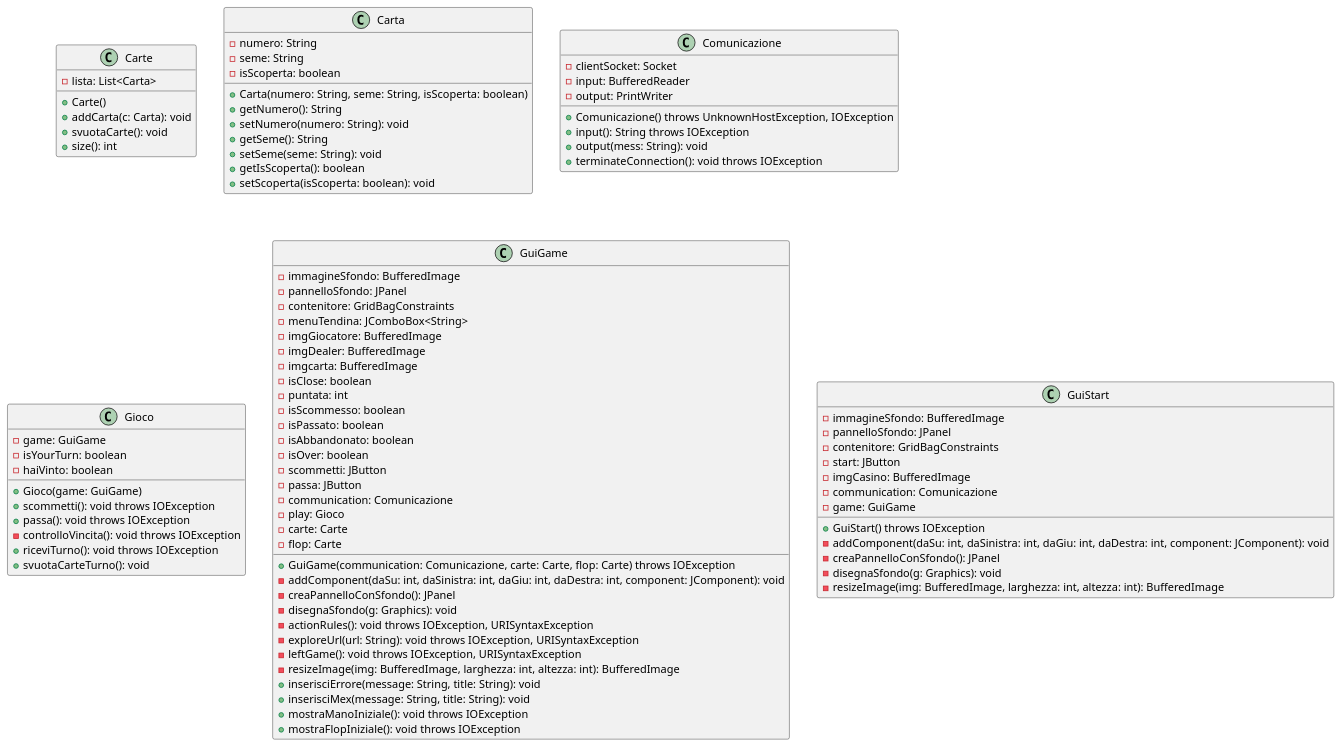
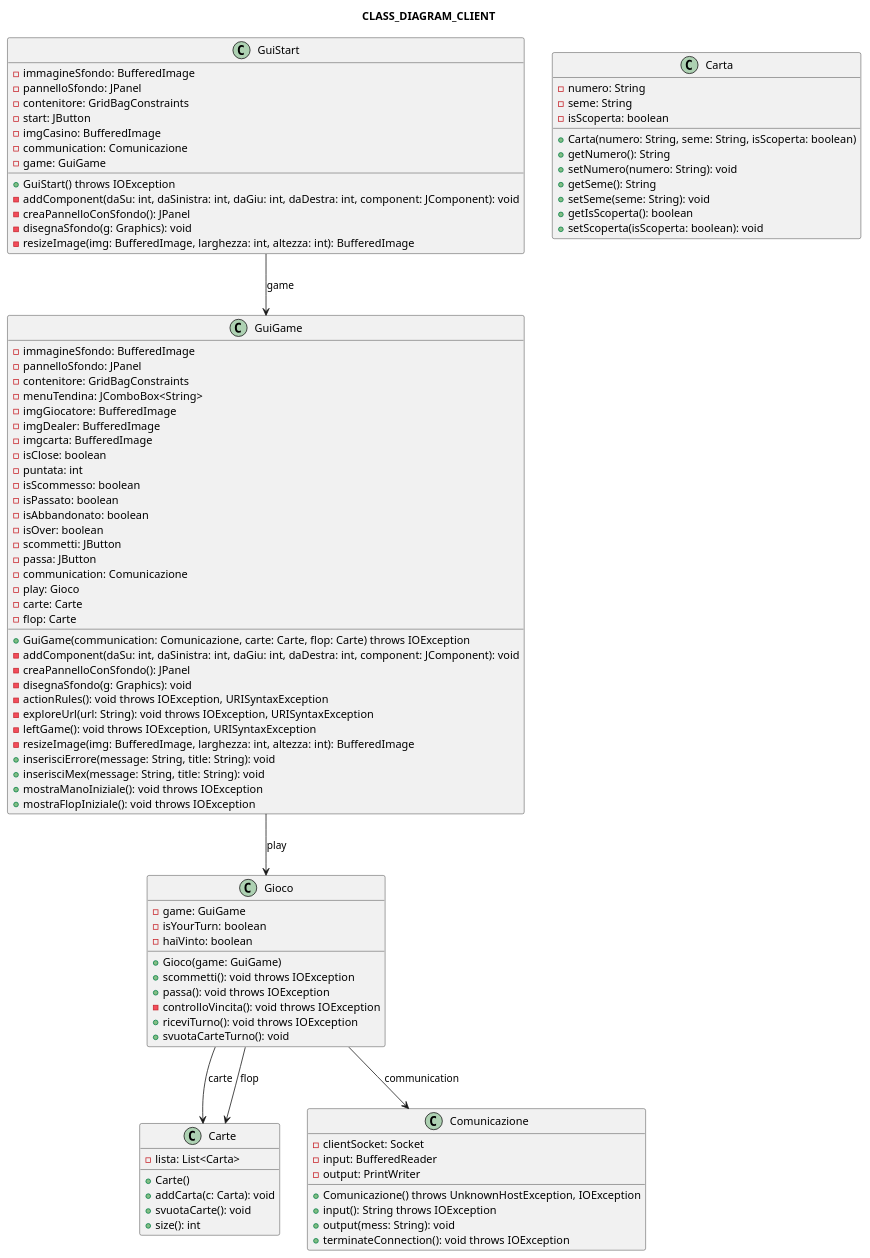
One commit to LorenzoVacalebre/Progetto-Poker changed the diagram in client/docs/puml/CLASS_DIAGRAM.puml. Above: the diagram before and after it, drawn with PlantUML. The commit also changed 11 other files, not shown here.

```diff
--- a/client/docs/puml/CLASS_DIAGRAM.puml
+++ b/client/docs/puml/CLASS_DIAGRAM.puml
@@ -1,102 +1,109 @@
-@startuml CLASS_DIAGRAM CLIENT
+@startuml CLASS_DIAGRAM_CLIENT
+
+title CLASS_DIAGRAM_CLIENT
 
 class Carte {
   - lista: List<Carta>
 
   + Carte()
   + addCarta(c: Carta): void
   + svuotaCarte(): void
   + size(): int
 }
 
 class Carta {
   - numero: String
   - seme: String
   - isScoperta: boolean
 
   + Carta(numero: String, seme: String, isScoperta: boolean)
   + getNumero(): String
   + setNumero(numero: String): void
   + getSeme(): String
   + setSeme(seme: String): void
   + getIsScoperta(): boolean
   + setScoperta(isScoperta: boolean): void
 }
-
 
 class Comunicazione {
   - clientSocket: Socket
   - input: BufferedReader
   - output: PrintWriter
 
   + Comunicazione() throws UnknownHostException, IOException
   + input(): String throws IOException
   + output(mess: String): void
   + terminateConnection(): void throws IOException
 }
 
 class Gioco {
   - game: GuiGame
   - isYourTurn: boolean
   - haiVinto: boolean
 
   + Gioco(game: GuiGame)
   + scommetti(): void throws IOException
   + passa(): void throws IOException
   - controlloVincita(): void throws IOException
   + riceviTurno(): void throws IOException
   + svuotaCarteTurno(): void
 }
 
 class GuiGame {
   - immagineSfondo: BufferedImage
   - pannelloSfondo: JPanel
   - contenitore: GridBagConstraints
   - menuTendina: JComboBox<String>
   - imgGiocatore: BufferedImage
   - imgDealer: BufferedImage
   - imgcarta: BufferedImage
   - isClose: boolean
   - puntata: int
   - isScommesso: boolean
   - isPassato: boolean
   - isAbbandonato: boolean
   - isOver: boolean
   - scommetti: JButton
   - passa: JButton
   - communication: Comunicazione
   - play: Gioco
   - carte: Carte
   - flop: Carte
 
   + GuiGame(communication: Comunicazione, carte: Carte, flop: Carte) throws IOException
   - addComponent(daSu: int, daSinistra: int, daGiu: int, daDestra: int, component: JComponent): void
   - creaPannelloConSfondo(): JPanel
   - disegnaSfondo(g: Graphics): void
   - actionRules(): void throws IOException, URISyntaxException
   - exploreUrl(url: String): void throws IOException, URISyntaxException
   - leftGame(): void throws IOException, URISyntaxException
   - resizeImage(img: BufferedImage, larghezza: int, altezza: int): BufferedImage
   + inserisciErrore(message: String, title: String): void
   + inserisciMex(message: String, title: String): void
   + mostraManoIniziale(): void throws IOException
   + mostraFlopIniziale(): void throws IOException
 }
 
 class GuiStart {
   - immagineSfondo: BufferedImage
   - pannelloSfondo: JPanel
   - contenitore: GridBagConstraints
   - start: JButton
   - imgCasino: BufferedImage
   - communication: Comunicazione
   - game: GuiGame
 
   + GuiStart() throws IOException
   - addComponent(daSu: int, daSinistra: int, daGiu: int, daDestra: int, component: JComponent): void
   - creaPannelloConSfondo(): JPanel
   - disegnaSfondo(g: Graphics): void
   - resizeImage(img: BufferedImage, larghezza: int, altezza: int): BufferedImage
 }
 
+GuiStart --> GuiGame: game
+GuiGame --> Gioco: play
+Gioco --> Comunicazione: communication
+Gioco --> Carte: carte
+Gioco --> Carte: flop
+
 @enduml
```
